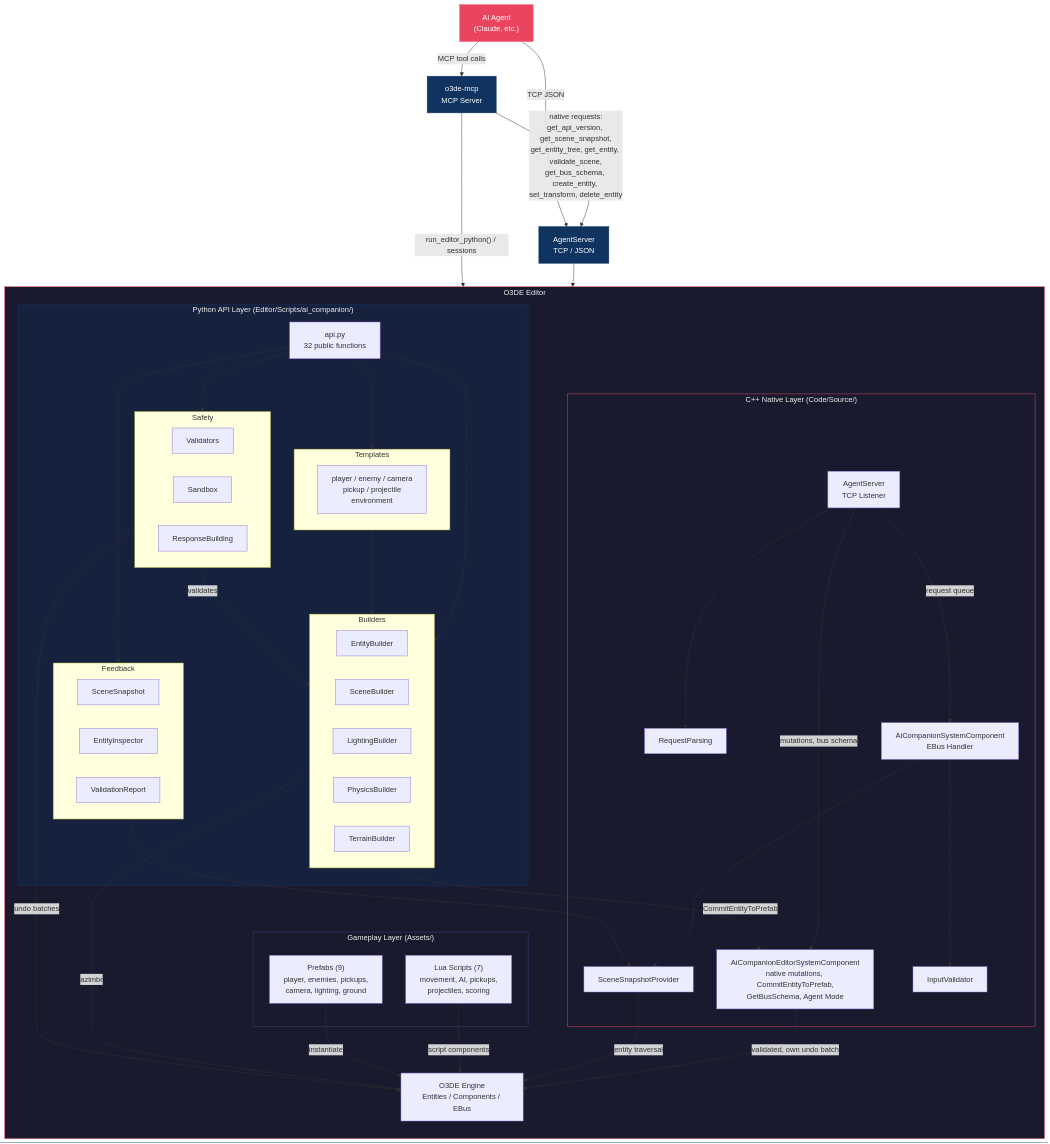
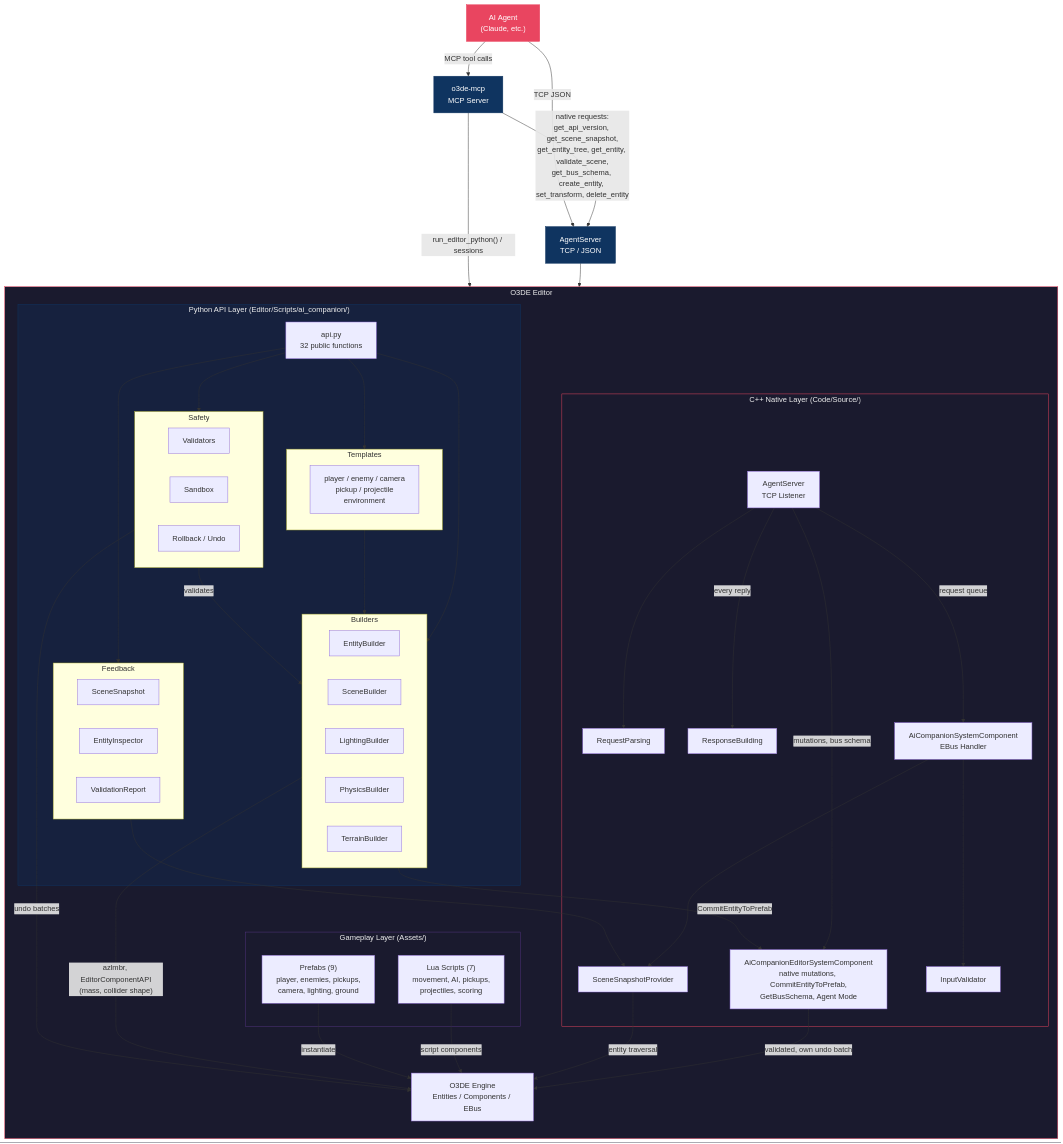
Before and after one commit to nickschuetz/o3de-ai-companion-gem: the diagram in Docs/architecture.md, drawn with Mermaid. The commit also changed other lines of this file and 11 other files, not shown here.

```diff
--- a/Docs/architecture.md
+++ b/Docs/architecture.md
@@ -56,7 +56,7 @@
             SSP["SceneSnapshotProvider"]
             IV["InputValidator"]
             RP["RequestParsing"]
-            RB["ResponseBuilding"]
+            RSP["ResponseBuilding"]
             AS["AgentServer<br/>TCP Listener"]
         end
 
@@ -74,6 +74,7 @@
     MCP -->|"native requests:<br/>get_api_version, get_scene_snapshot,<br/>get_entity_tree, get_entity, validate_scene,<br/>get_bus_schema, create_entity, set_transform, delete_entity"| AgentSrv
     AgentSrv --> AS
     AS --> RP
+    AS -->|"every reply"| RSP
     AS -->|"request queue"| SysComp
     AS -->|"mutations, bus schema"| EdComp
     EdComp -->|"validated, own undo batch"| Engine
@@ -84,7 +85,7 @@
     API --> Feedback
     API --> Safety
 
-    Builders -->|"azlmbr"| Engine
+    Builders -->|"azlmbr, EditorComponentAPI<br/>(mass, collider shape)"| Engine
     Templates --> Builders
     Feedback --> SSP
     Safety -->|"validates"| Builders
```
